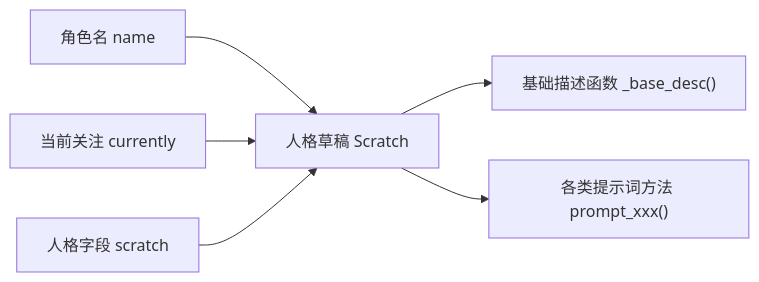
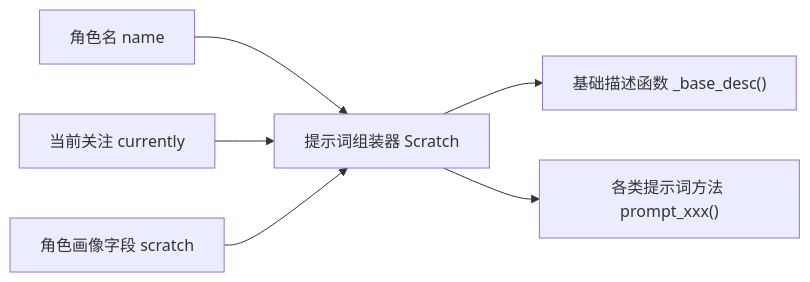
The fourth of 15 diagrams in docs/book/manuscript/part_03/chapter_15.md (tbkken/GenerativeAgentsCN), drawn with Mermaid before and after one commit. The commit also changed other lines of this file and 51 other files, not shown here.

````diff
--- a/docs/book/manuscript/part_03/chapter_15.md
+++ b/docs/book/manuscript/part_03/chapter_15.md
@@ -278,8 +278,8 @@
 ```mermaid
 flowchart LR
-    Name["角色名 name"] --> Scratch["人格草稿 Scratch"]
+    Name["角色名 name"] --> Scratch["提示词组装器 Scratch"]
     Current["当前关注 currently"] --> Scratch
-    Persona["人格字段 scratch"] --> Scratch
+    Persona["角色画像字段 scratch"] --> Scratch
     Scratch --> Base["基础描述函数 _base_desc()"]
     Scratch --> Prompts["各类提示词方法 prompt_xxx()"]
 ```
````
